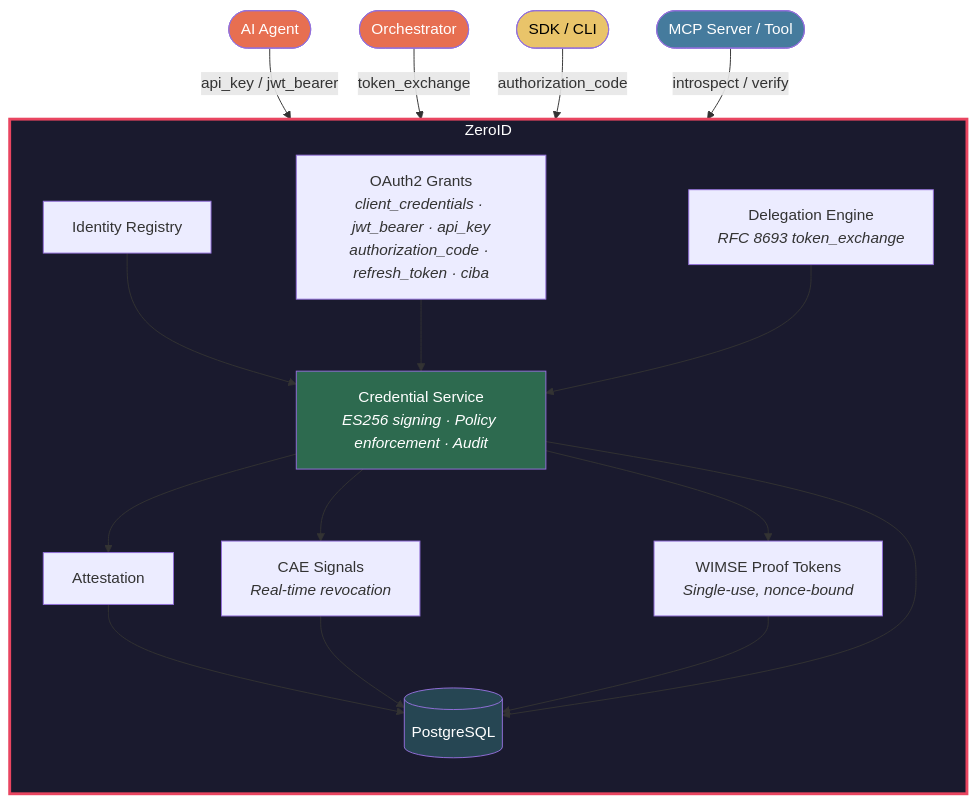
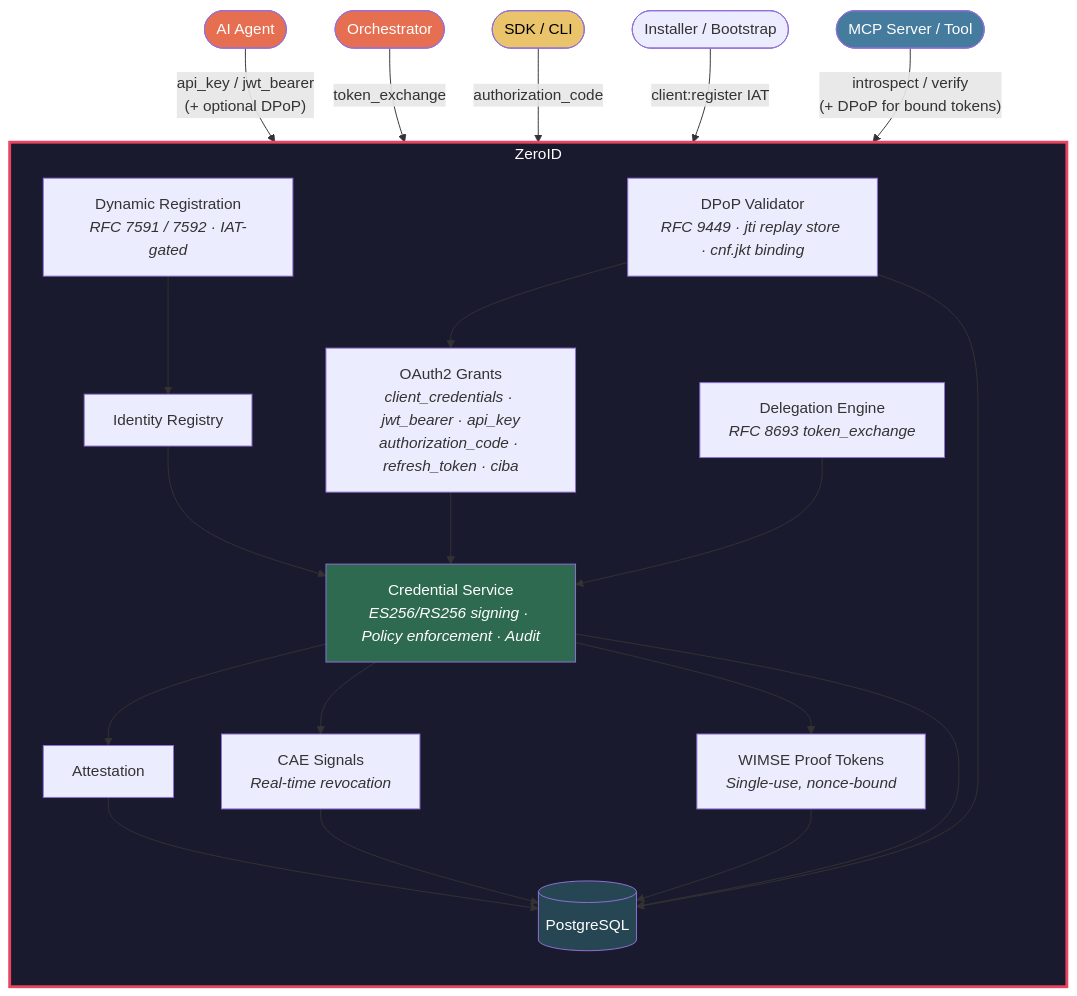
The diagram in README.md (highflame-ai/zeroid), drawn with Mermaid before and after one commit. The commit also changed other lines of this file and 1 other file, not shown here.

First line of the commit message:
docs: deep-dive reference for DPoP + DCR, README patterns and architecture updates

````diff
--- a/README.md
+++ b/README.md
@@ -713,31 +810,35 @@
 ```mermaid
 graph TD
     subgraph ZEROID ["ZeroID"]
         direction TB
-        IR[Identity Registry] --> CS[Credential Service<br/><i>ES256 signing · Policy enforcement · Audit</i>]
+        IR[Identity Registry] --> CS[Credential Service<br/><i>ES256/RS256 signing · Policy enforcement · Audit</i>]
         OG[OAuth2 Grants<br/><i>client_credentials · jwt_bearer · api_key<br/>authorization_code · refresh_token · ciba</i>] --> CS
         DL[Delegation Engine<br/><i>RFC 8693 token_exchange</i>] --> CS
+        DPOP[DPoP Validator<br/><i>RFC 9449 · jti replay store · cnf.jkt binding</i>] --> OG
+        DCR[Dynamic Registration<br/><i>RFC 7591 / 7592 · IAT-gated</i>] --> IR
 
         CS --> AT[Attestation]
         CS --> CAE[CAE Signals<br/><i>Real-time revocation</i>]
         CS --> WPT[WIMSE Proof Tokens<br/><i>Single-use, nonce-bound</i>]
 
         AT --> DB[(PostgreSQL)]
         CAE --> DB
         WPT --> DB
         CS --> DB
+        DPOP --> DB
     end
 
-    Agent([AI Agent]) -- "api_key / jwt_bearer" --> OG
+    Agent([AI Agent]) -- "api_key / jwt_bearer<br/>(+ optional DPoP)" --> OG
     Orchestrator([Orchestrator]) -- "token_exchange" --> DL
     SDK([SDK / CLI]) -- "authorization_code" --> OG
-    Downstream([MCP Server / Tool]) -- "introspect / verify" --> WPT
+    Installer([Installer / Bootstrap]) -- "client:register IAT" --> DCR
+    Downstream([MCP Server / Tool]) -- "introspect / verify<br/>(+ DPoP for bound tokens)" --> WPT
 
     style ZEROID fill:#1a1a2e,stroke:#e94560,stroke-width:3px,color:#fff
     style CS fill:#2d6a4f,color:#fff
     style DB fill:#264653,color:#fff
     style Agent fill:#e76f51,color:#fff
     style Orchestrator fill:#e76f51,color:#fff
     style SDK fill:#e9c46a,color:#000
     style Downstream fill:#457b9d,color:#fff
 ```
````
